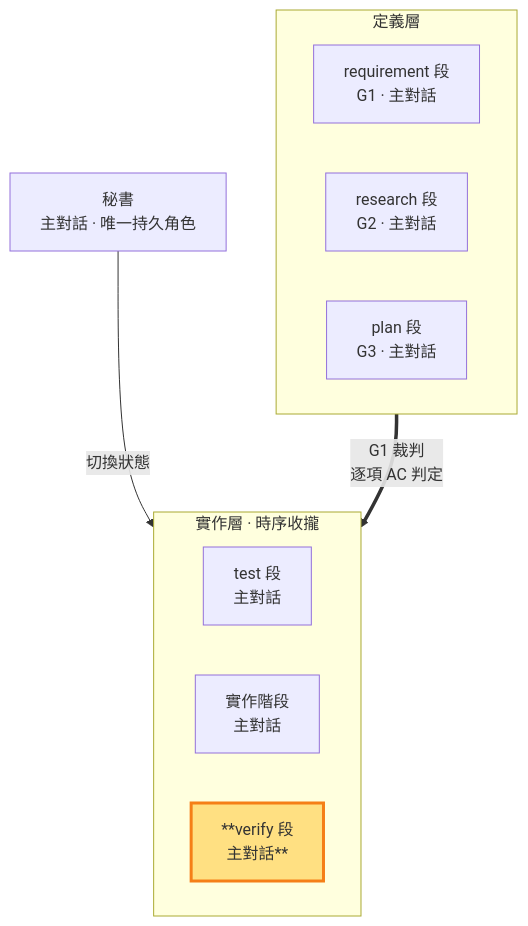
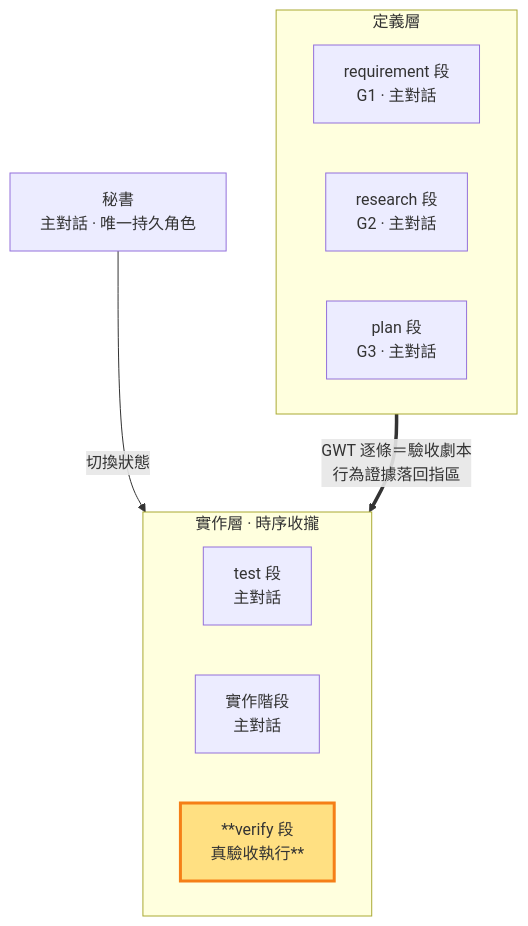
The diagram in skills/shiftblame/references/VERIFY.md (teps3105/shiftblame), drawn with Mermaid before and after one commit. The commit also changed other lines of this file and 28 other files, not shown here.

````diff
--- a/skills/shiftblame/references/VERIFY.md
+++ b/skills/shiftblame/references/VERIFY.md
@@ -18,19 +18,19 @@
 ```mermaid
 flowchart TB
     SEC[秘書<br/>主對話 · 唯一持久角色]
     subgraph Consult["定義層"]
         direction LR
         AUD["requirement 段<br/>G1 · 主對話"]
         RES["research 段<br/>G2 · 主對話"]
         PLA["plan 段<br/>G3 · 主對話"]
     end
     subgraph Build["實作層 · 時序收攏"]
         direction LR
         TST["test 段<br/>主對話"]
         DEV["實作階段<br/>主對話"]
-        ACC["**verify 段<br/>主對話**"]:::thisrole
+        ACC["**verify 段<br/>真驗收執行**"]:::thisrole
     end
     SEC -- 切換狀態 --> ACC
-    AUD == "G1 裁判<br/>逐項 AC 判定" ==> ACC
+    AUD == "GWT 逐條＝驗收劇本<br/>行為證據落回指區" ==> ACC
     classDef thisrole fill:#ffe082,stroke:#f57f17,stroke-width:3px;
 ```
````
